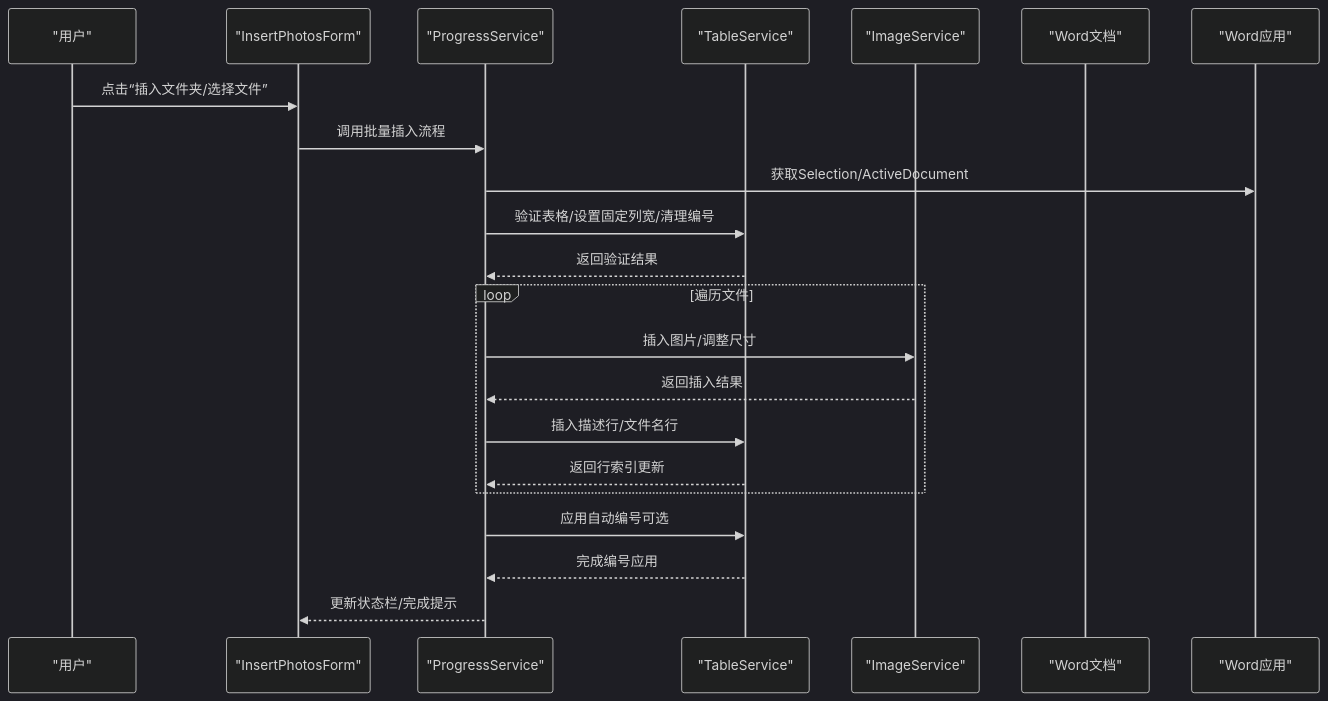
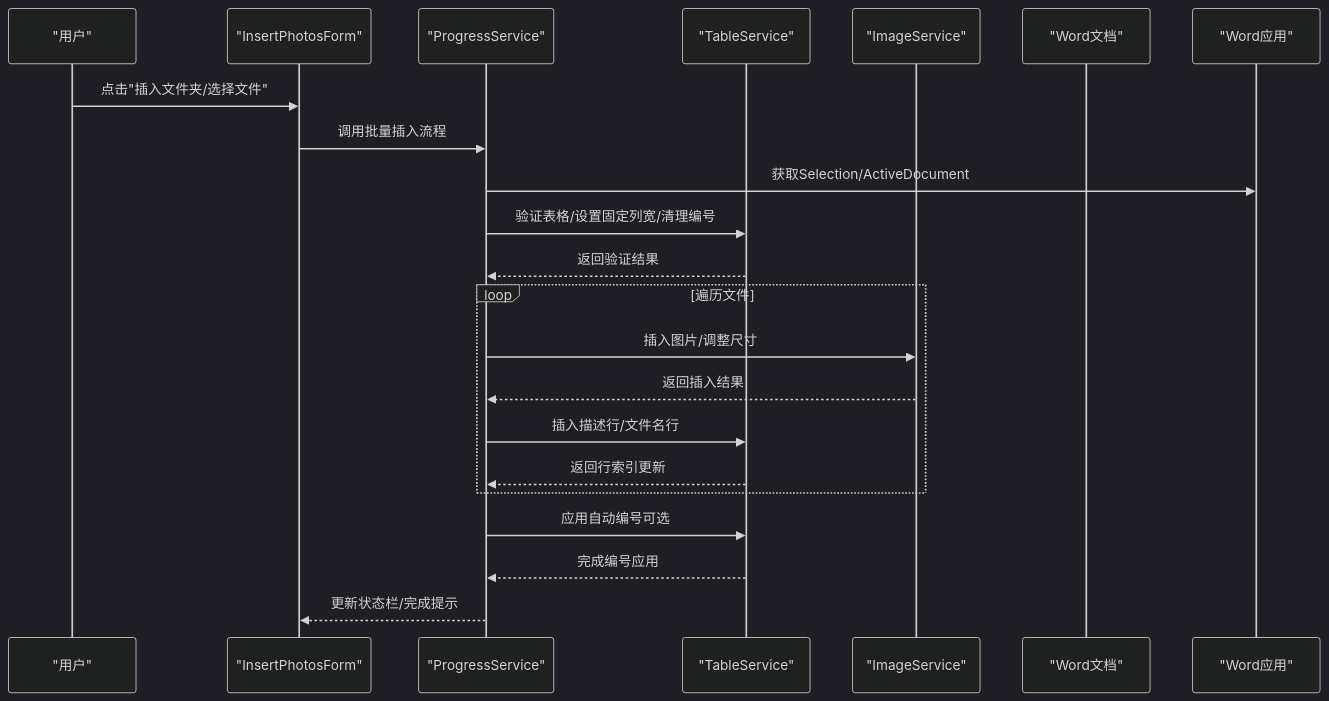
One commit to rainiva/WordTools changed the second of 8 diagrams in .qoder/repowiki/zh/content/服务层/表格服务.md. Above: the diagram before and after it, drawn with Mermaid (dark theme). The commit also changed other lines of this file and 12 other files, not shown here.

````diff
--- a/.qoder/repowiki/zh/content/服务层/表格服务.md
+++ b/.qoder/repowiki/zh/content/服务层/表格服务.md
@@ -101,24 +111,24 @@
 ```mermaid
 sequenceDiagram
 participant User as "用户"
 participant UI as "InsertPhotosForm"
 participant PS as "ProgressService"
 participant TS as "TableService"
 participant IS as "ImageService"
 participant Doc as "Word文档"
 participant App as "Word应用"
-User->>UI : 点击“插入文件夹/选择文件”
+User->>UI : 点击"插入文件夹/选择文件"
 UI->>PS : 调用批量插入流程
 PS->>App : 获取Selection/ActiveDocument
 PS->>TS : 验证表格/设置固定列宽/清理编号
 TS-->>PS : 返回验证结果
 loop 遍历文件
 PS->>IS : 插入图片/调整尺寸
 IS-->>PS : 返回插入结果
 PS->>TS : 插入描述行/文件名行
 TS-->>PS : 返回行索引更新
 end
 PS->>TS : 应用自动编号可选
 TS-->>PS : 完成编号应用
 PS-->>UI : 更新状态栏/完成提示
 ```
````
